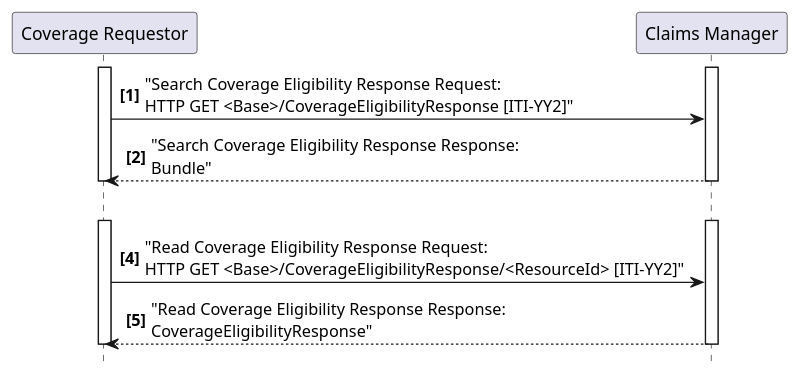
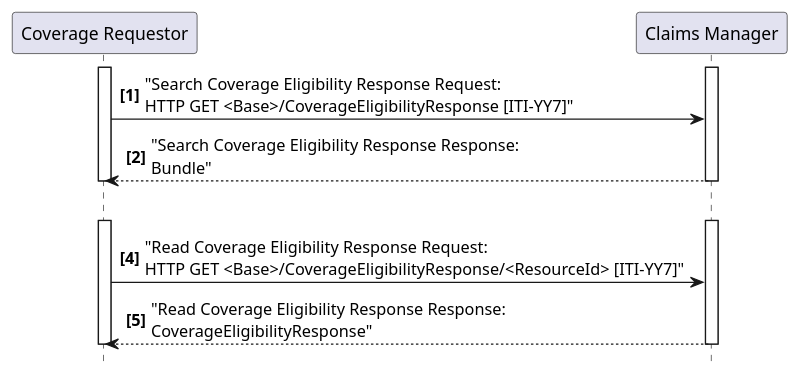
One commit to IHE/ITI.Finance changed the diagram in input/images-source/ITI-YY7-seq.plantuml. Above: the diagram before and after it, drawn with PlantUML.

```diff
--- a/input/images-source/ITI-YY7-seq.plantuml
+++ b/input/images-source/ITI-YY7-seq.plantuml
@@ -1,22 +1,22 @@
 @startuml
 skinparam svgDimensionStyle false
 hide footbox
 autonumber "<b>[0]"
 participant "Coverage Requestor" as Req
 participant "Claims Manager" as Man
 activate Req
 activate Man
-Req -> Man : "Search Coverage Eligibility Response Request:\nHTTP GET <Base>/CoverageEligibilityResponse [ITI-YY2]"
+Req -> Man : "Search Coverage Eligibility Response Request:\nHTTP GET <Base>/CoverageEligibilityResponse [ITI-YY7]"
 Man --> Req : "Search Coverage Eligibility Response Response:\nBundle"
 deactivate Man
 deactivate Req
 
 Req -[hidden]> Man
 activate Req
 activate Man 
-Req -> Man : "Read Coverage Eligibility Response Request:\nHTTP GET <Base>/CoverageEligibilityResponse/<ResourceId> [ITI-YY2]"
+Req -> Man : "Read Coverage Eligibility Response Request:\nHTTP GET <Base>/CoverageEligibilityResponse/<ResourceId> [ITI-YY7]"
 Man --> Req : "Read Coverage Eligibility Response Response:\nCoverageEligibilityResponse"
 deactivate Man
 deactivate Req
 
 @enduml
```
